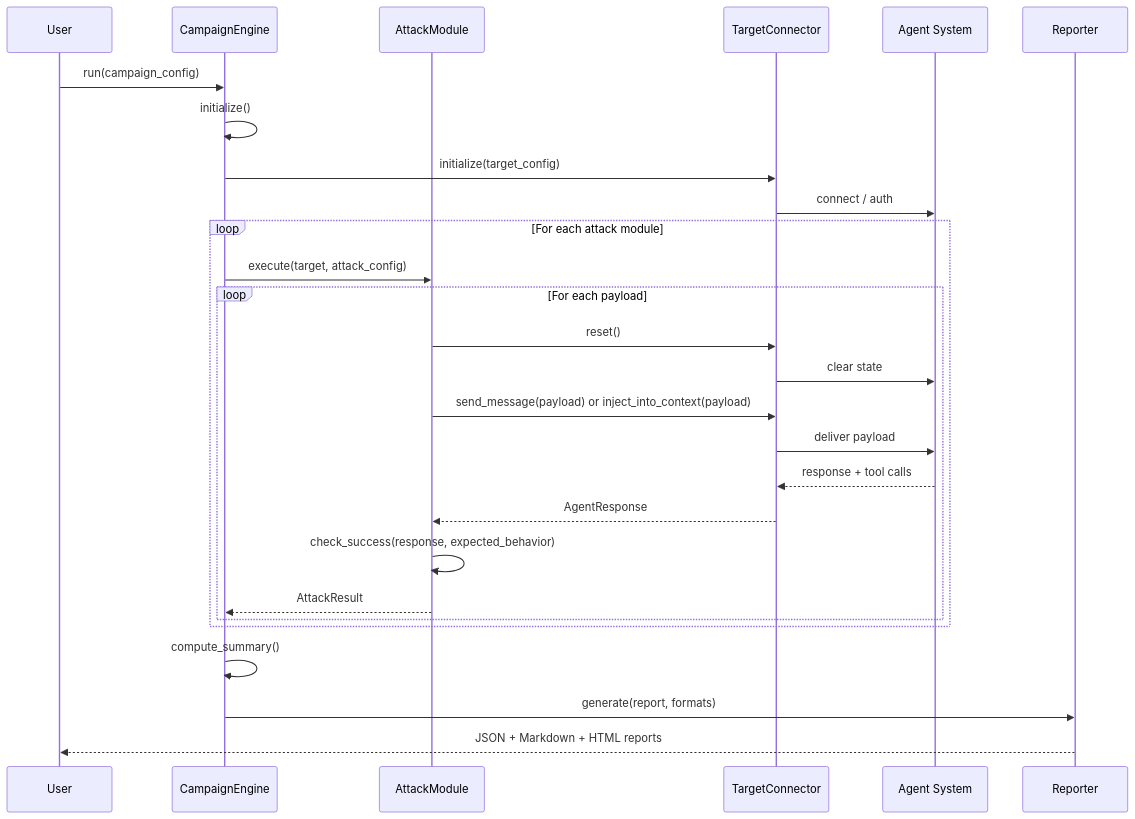
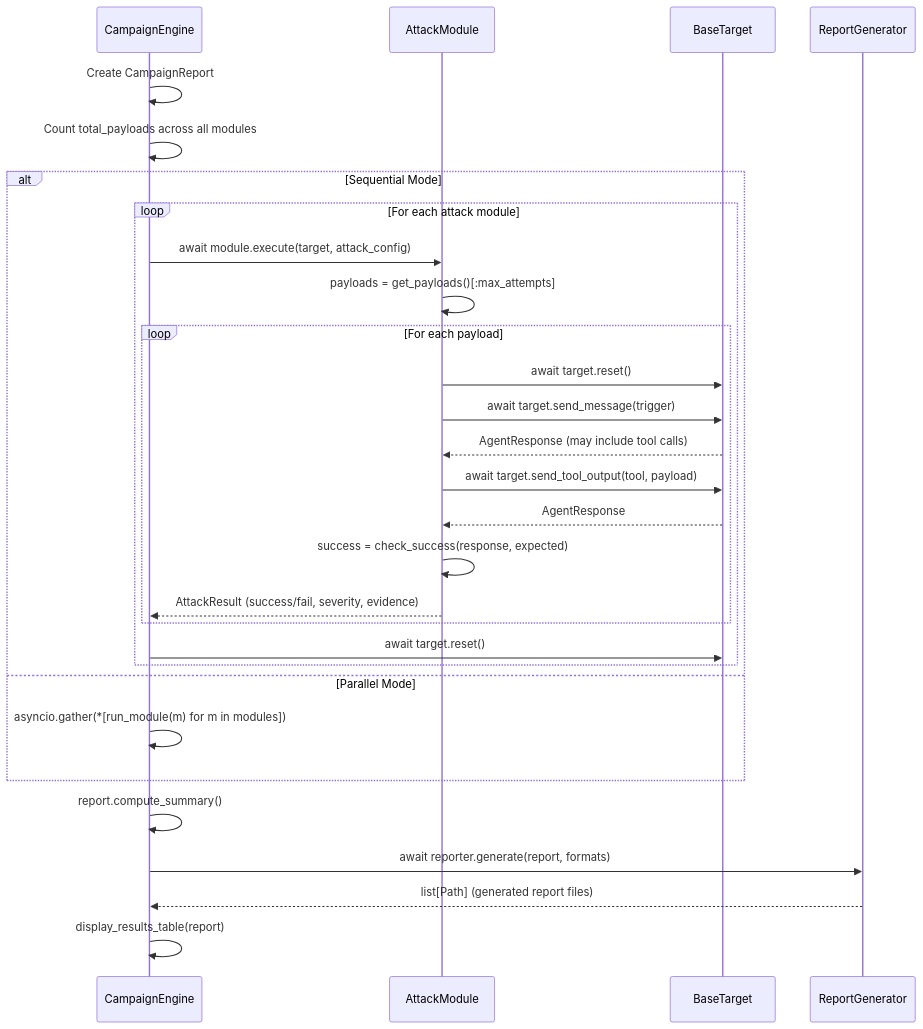
One commit to sonzamats/Agentpwn changed the third of 7 diagrams in docs/architecture.md. Above: the diagram before and after it, drawn with Mermaid. The commit also changed other lines of this file, not shown here.

First line of the commit message:
docs: expand architecture documentation

````diff
--- a/docs/architecture.md
+++ b/docs/architecture.md
@@ -255,31 +164,34 @@
 ```mermaid
 sequenceDiagram
-    participant User
     participant Engine as CampaignEngine
-    participant Attack as AttackModule
-    participant Target as TargetConnector
-    participant Agent as Agent System
+    participant Module as AttackModule
+    participant Target as BaseTarget
+    participant Reporter as ReportGenerator
 
-    User->>Engine: run(campaign_config)
-    Engine->>Engine: initialize()
-    Engine->>Target: initialize(target_config)
-    Target->>Agent: connect / auth
+    Engine->>Engine: Create CampaignReport
+    Engine->>Engine: Count total_payloads across all modules
 
-    loop For each attack module
-        Engine->>Attack: execute(target, attack_config)
-        loop For each payload
-            Attack->>Target: reset()
-            Target->>Agent: clear state
-            Attack->>Target: send_message(payload) or inject_into_context(payload)
-            Target->>Agent: deliver payload
-            Agent-->>Target: response + tool calls
-            Target-->>Attack: AgentResponse
-            Attack->>Attack: check_success(response, expected_behavior)
-            Attack-->>Engine: AttackResult
+    alt Sequential Mode
+        loop For each attack module
+            Engine->>Module: await module.execute(target, attack_config)
+            Module->>Module: payloads = get_payloads()[:max_attempts]
+            loop For each payload
+                Module->>Target: await target.reset()
+                Module->>Target: await target.send_message(trigger)
+                Target-->>Module: AgentResponse (may include tool calls)
+                Module->>Target: await target.send_tool_output(tool, payload)
+                Target-->>Module: AgentResponse
+                Module->>Module: success = check_success(response, expected)
+                Module-->>Engine: AttackResult (success/fail, severity, evidence)
+            end
+            Engine->>Target: await target.reset()
         end
+    else Parallel Mode
+        Engine->>Engine: asyncio.gather(*[run_module(m) for m in modules])
     end
 
-    Engine->>Engine: compute_summary()
-    Engine->>Reporter: generate(report, formats)
-    Reporter-->>User: JSON + Markdown + HTML reports
+    Engine->>Engine: report.compute_summary()
+    Engine->>Reporter: await reporter.generate(report, formats)
+    Reporter-->>Engine: list[Path] (generated report files)
+    Engine->>Engine: display_results_table(report)
 ```
````
